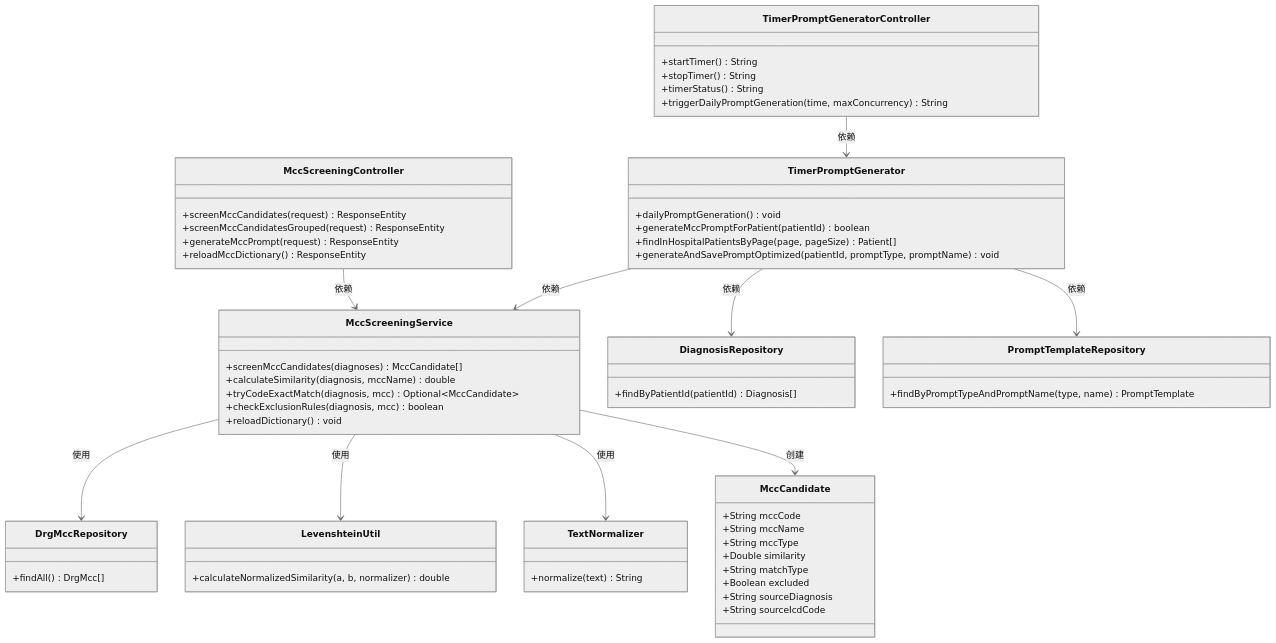
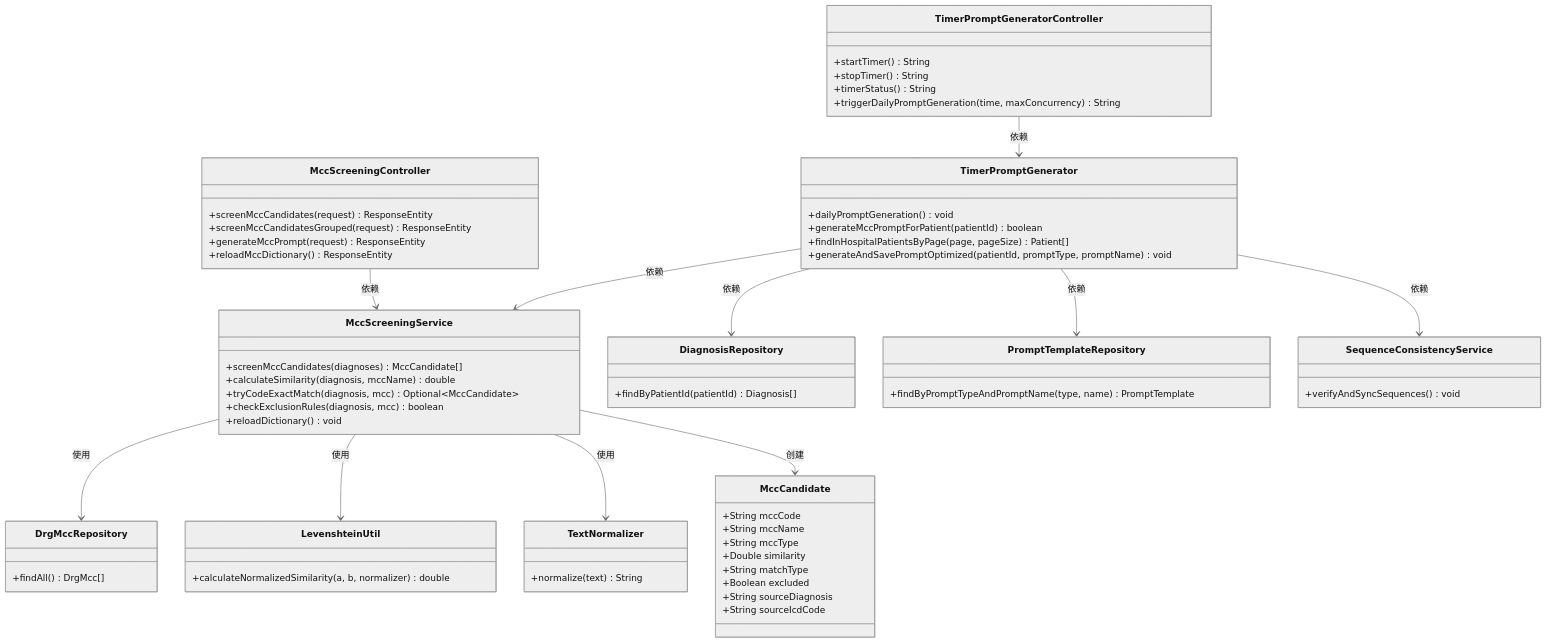
The seventh of 7 diagrams in .qoder/repowiki/zh/content/核心功能模块/MCC分析系统.md (liuzh2008/med_ai_assistant_workspace), drawn with Mermaid (neutral theme) before and after one commit. The commit also changed other lines of this file and 4 other files, not shown here.

````diff
--- a/.qoder/repowiki/zh/content/核心功能模块/MCC分析系统.md
+++ b/.qoder/repowiki/zh/content/核心功能模块/MCC分析系统.md
@@ -365,62 +385,66 @@
 ```mermaid
 classDiagram
 class MccScreeningController {
 +screenMccCandidates(request) ResponseEntity
 +screenMccCandidatesGrouped(request) ResponseEntity
 +generateMccPrompt(request) ResponseEntity
 +reloadMccDictionary() ResponseEntity
 }
 class TimerPromptGeneratorController {
 +startTimer() String
 +stopTimer() String
 +timerStatus() String
 +triggerDailyPromptGeneration(time, maxConcurrency) String
 }
 class MccScreeningService {
 +screenMccCandidates(diagnoses) MccCandidate[]
 +calculateSimilarity(diagnosis, mccName) double
 +tryCodeExactMatch(diagnosis, mcc) Optional~MccCandidate~
 +checkExclusionRules(diagnosis, mcc) boolean
 +reloadDictionary() void
 }
 class TimerPromptGenerator {
 +dailyPromptGeneration() void
 +generateMccPromptForPatient(patientId) boolean
 +findInHospitalPatientsByPage(page, pageSize) Patient[]
 +generateAndSavePromptOptimized(patientId, promptType, promptName) void
 }
 class MccCandidate {
 +String mccCode
 +String mccName
 +String mccType
 +Double similarity
 +String matchType
 +Boolean excluded
 +String sourceDiagnosis
 +String sourceIcdCode
 }
 class DrgMccRepository {
 +findAll() DrgMcc[]
 }
 class DiagnosisRepository {
 +findByPatientId(patientId) Diagnosis[]
 }
 class PromptTemplateRepository {
 +findByPromptTypeAndPromptName(type, name) PromptTemplate
 }
 class LevenshteinUtil {
 +calculateNormalizedSimilarity(a, b, normalizer) double
 }
 class TextNormalizer {
 +normalize(text) String
 }
+class SequenceConsistencyService {
++verifyAndSyncSequences() void
+}
 MccScreeningController --> MccScreeningService : 依赖
 TimerPromptGeneratorController --> TimerPromptGenerator : 依赖
 TimerPromptGenerator --> MccScreeningService : 依赖
 TimerPromptGenerator --> DiagnosisRepository : 依赖
 TimerPromptGenerator --> PromptTemplateRepository : 依赖
+TimerPromptGenerator --> SequenceConsistencyService : 依赖
 MccScreeningService --> DrgMccRepository : 使用
 MccScreeningService --> LevenshteinUtil : 使用
 MccScreeningService --> TextNormalizer : 使用
 MccScreeningService --> MccCandidate : 创建
 ```
````
